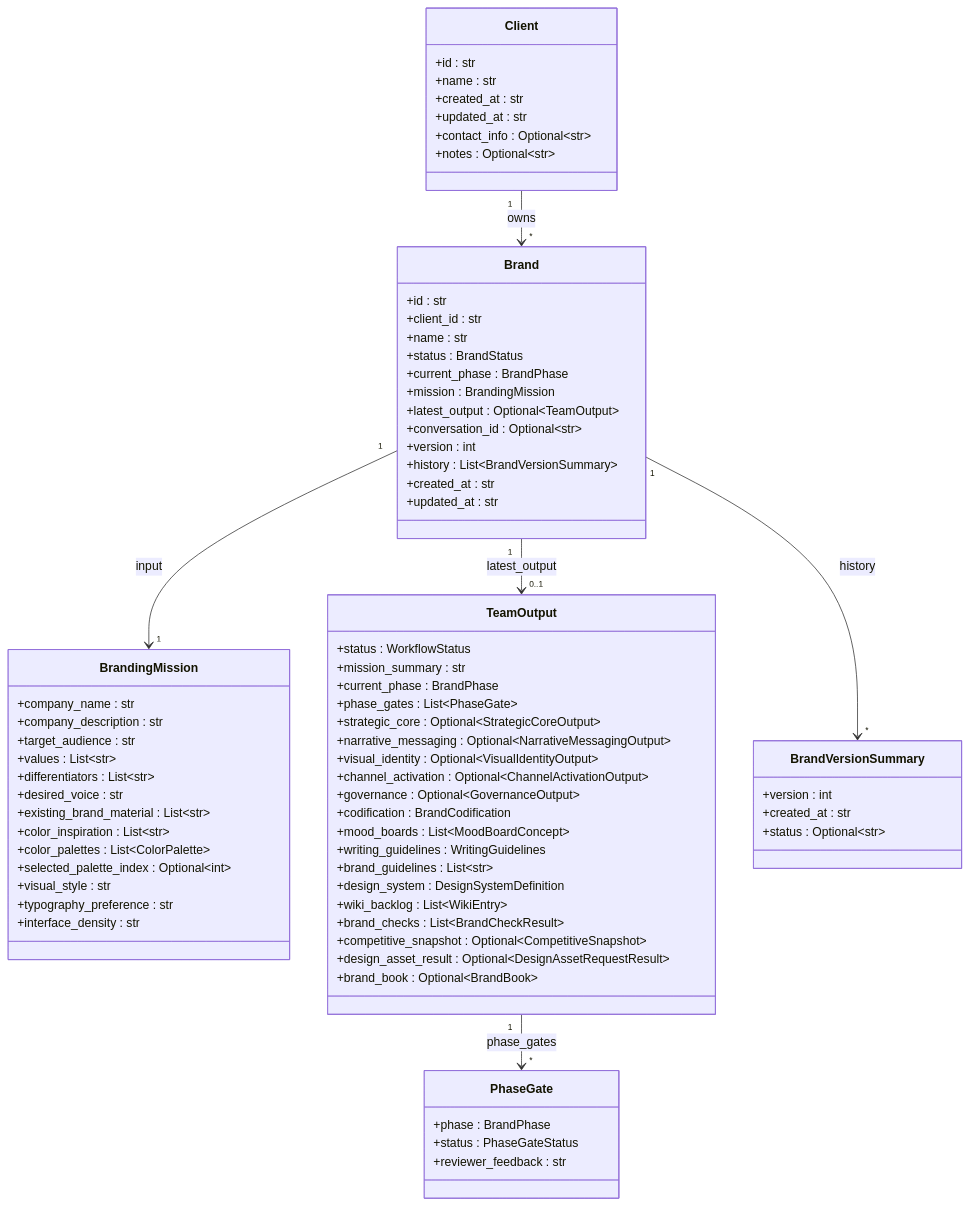
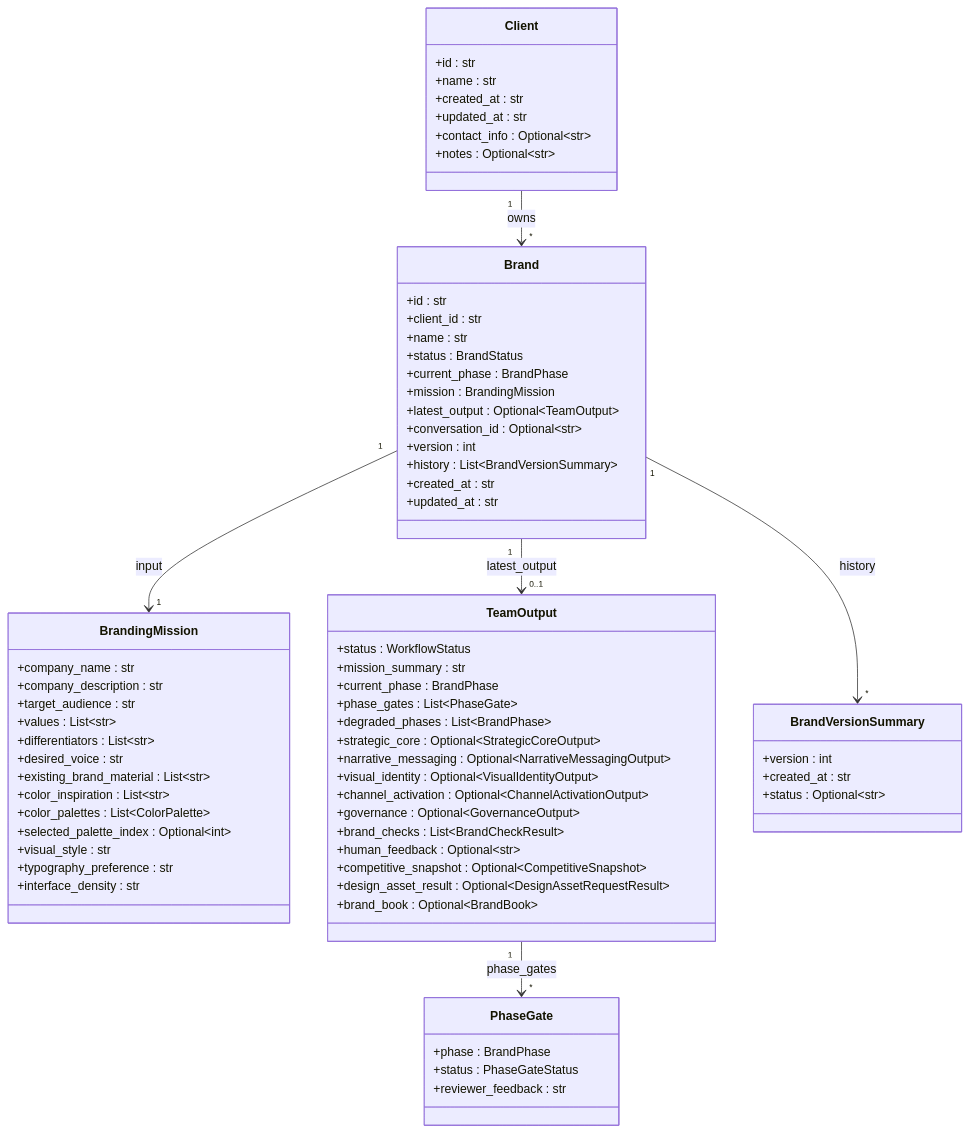
One commit to brandonkindred/Khala-Agentic-AI-Teams changed the first of 4 diagrams in backend/agents/branding_team/system_design/system_design.md. Above: the diagram before and after it, drawn with Mermaid. The commit also changed other lines of this file and 6 other files, not shown here.

````diff
--- a/backend/agents/branding_team/system_design/system_design.md
+++ b/backend/agents/branding_team/system_design/system_design.md
@@ -55,82 +55,78 @@
 ```mermaid
 classDiagram
     class Client {
         +id : str
         +name : str
         +created_at : str
         +updated_at : str
         +contact_info : Optional~str~
         +notes : Optional~str~
     }
 
     class Brand {
         +id : str
         +client_id : str
         +name : str
         +status : BrandStatus
         +current_phase : BrandPhase
         +mission : BrandingMission
         +latest_output : Optional~TeamOutput~
         +conversation_id : Optional~str~
         +version : int
         +history : List~BrandVersionSummary~
         +created_at : str
         +updated_at : str
     }
 
     class BrandingMission {
         +company_name : str
         +company_description : str
         +target_audience : str
         +values : List~str~
         +differentiators : List~str~
         +desired_voice : str
         +existing_brand_material : List~str~
         +color_inspiration : List~str~
         +color_palettes : List~ColorPalette~
         +selected_palette_index : Optional~int~
         +visual_style : str
         +typography_preference : str
         +interface_density : str
     }
 
     class TeamOutput {
         +status : WorkflowStatus
         +mission_summary : str
         +current_phase : BrandPhase
         +phase_gates : List~PhaseGate~
+        +degraded_phases : List~BrandPhase~
         +strategic_core : Optional~StrategicCoreOutput~
         +narrative_messaging : Optional~NarrativeMessagingOutput~
         +visual_identity : Optional~VisualIdentityOutput~
         +channel_activation : Optional~ChannelActivationOutput~
         +governance : Optional~GovernanceOutput~
-        +codification : BrandCodification
-        +mood_boards : List~MoodBoardConcept~
-        +writing_guidelines : WritingGuidelines
-        +brand_guidelines : List~str~
-        +design_system : DesignSystemDefinition
-        +wiki_backlog : List~WikiEntry~
         +brand_checks : List~BrandCheckResult~
+        +human_feedback : Optional~str~
         +competitive_snapshot : Optional~CompetitiveSnapshot~
         +design_asset_result : Optional~DesignAssetRequestResult~
         +brand_book : Optional~BrandBook~
     }
 
     class BrandVersionSummary {
         +version : int
         +created_at : str
         +status : Optional~str~
     }
 
     class PhaseGate {
         +phase : BrandPhase
         +status : PhaseGateStatus
         +reviewer_feedback : str
     }
 
     Client "1" --> "*" Brand : owns
     Brand "1" --> "1" BrandingMission : input
     Brand "1" --> "0..1" TeamOutput : latest_output
     Brand "1" --> "*" BrandVersionSummary : history
     TeamOutput "1" --> "*" PhaseGate : phase_gates
 ```
````
